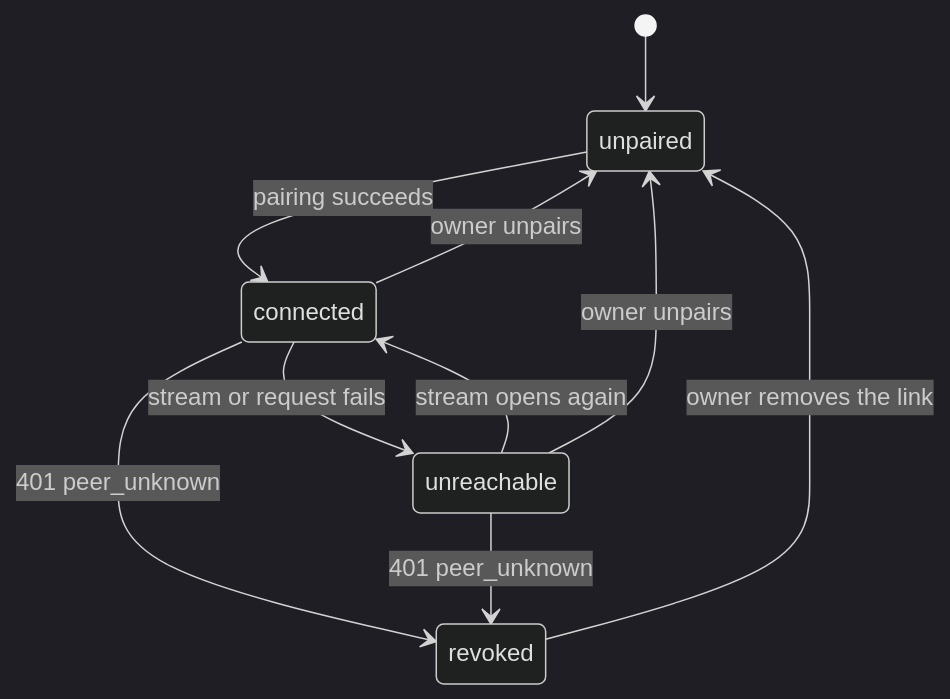
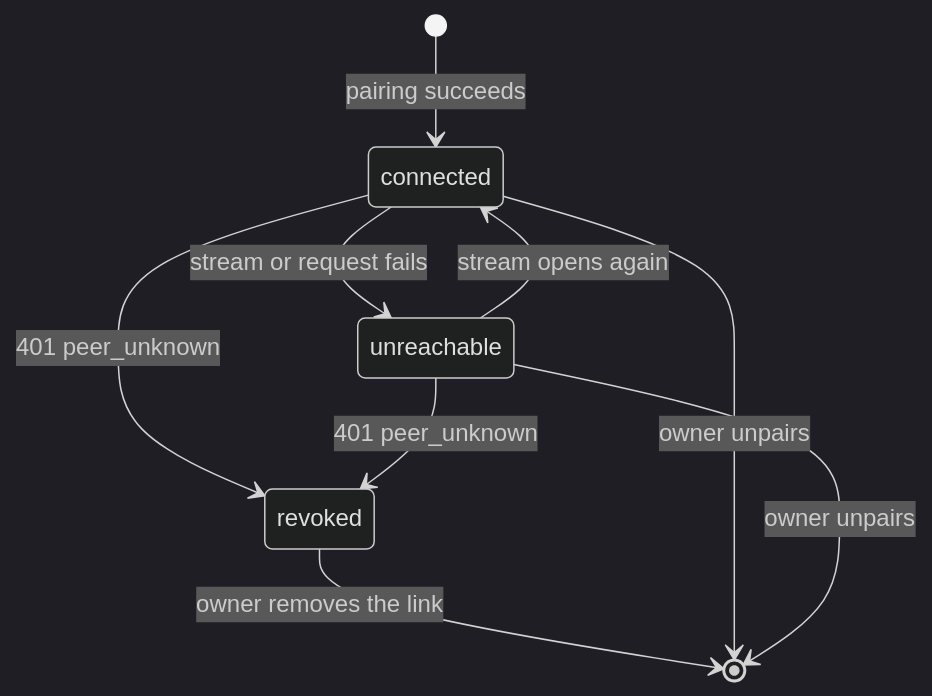
One commit to syudead/vv changed the third of 7 diagrams in docs/design-docs/peer-library.md. Above: the diagram before and after it, drawn with Mermaid (dark theme). The commit also changed other lines of this file and 86 other files, not shown here.

````diff
--- a/docs/design-docs/peer-library.md
+++ b/docs/design-docs/peer-library.md
@@ -109,12 +114,11 @@
 ```mermaid
 stateDiagram-v2
-  [*] --> unpaired
-  unpaired --> connected: pairing succeeds
+  [*] --> connected: pairing succeeds
   connected --> unreachable: stream or request fails
   unreachable --> connected: stream opens again
   connected --> revoked: 401 peer_unknown
   unreachable --> revoked: 401 peer_unknown
-  revoked --> unpaired: owner removes the link
-  connected --> unpaired: owner unpairs
-  unreachable --> unpaired: owner unpairs
+  revoked --> [*]: owner removes the link
+  connected --> [*]: owner unpairs
+  unreachable --> [*]: owner unpairs
 ```
````
